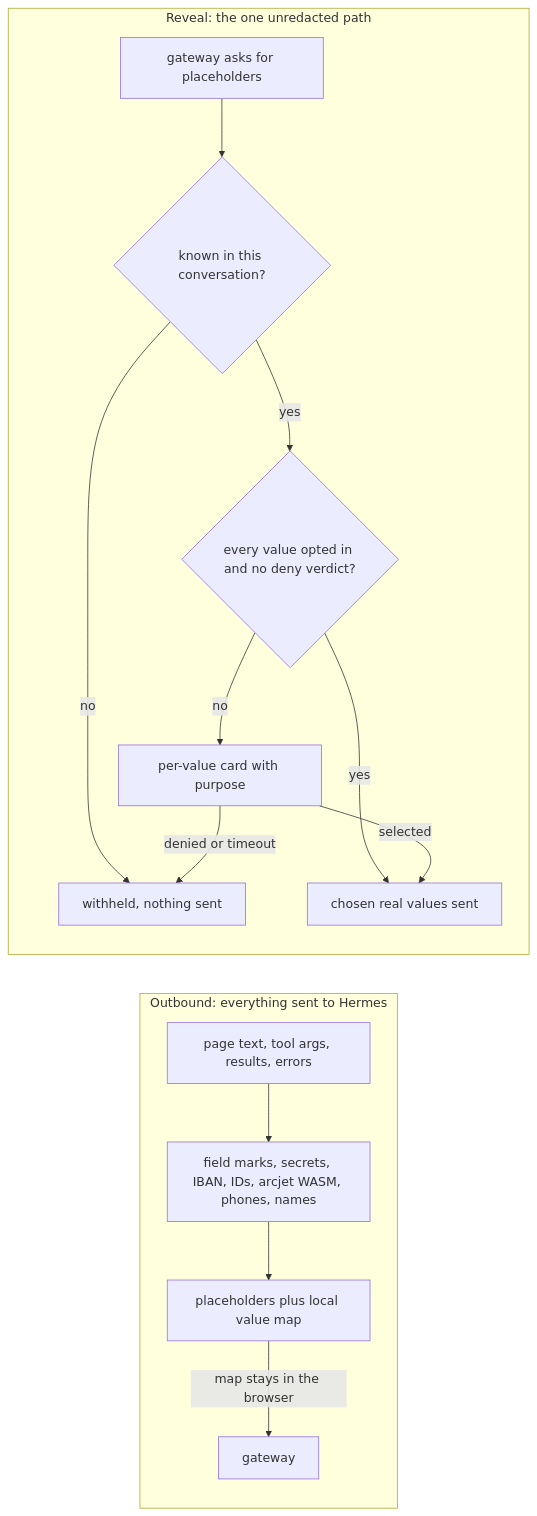
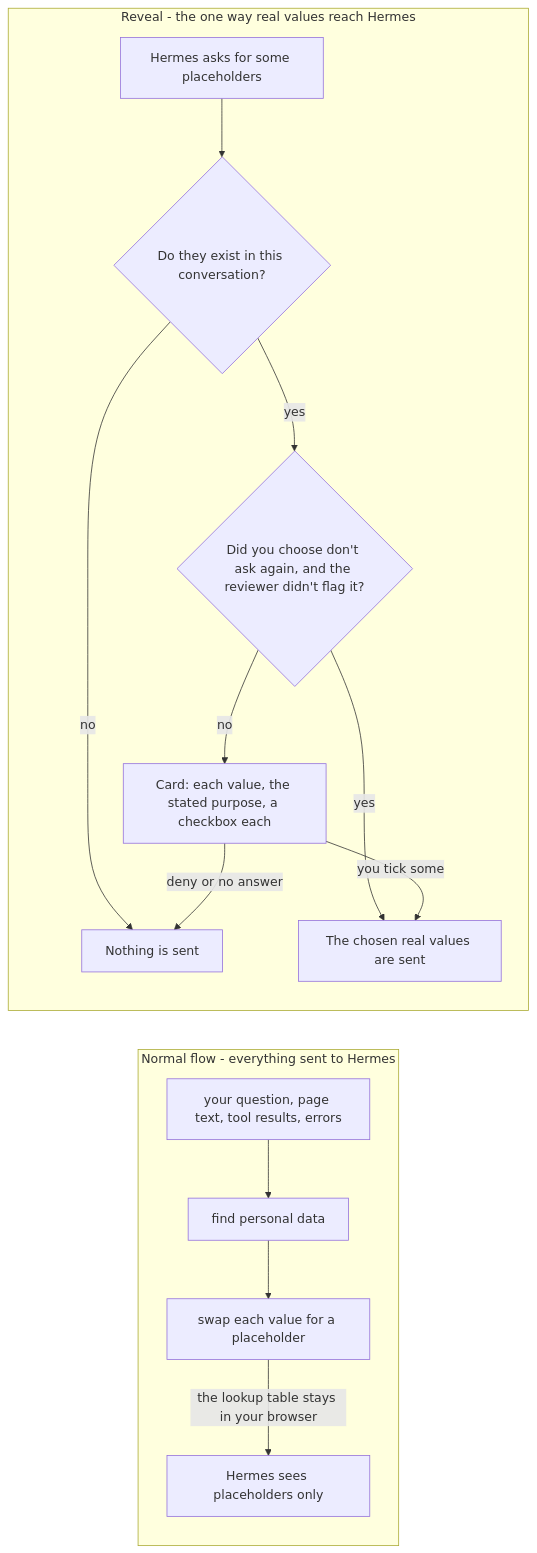
The fourth of 5 diagrams in AUDIT.md (codepilots/hermes-sidebar), drawn with Mermaid before and after one commit. The commit also changed other lines of this file and 3 other files, not shown here.

````diff
--- a/AUDIT.md
+++ b/AUDIT.md
@@ -125,17 +315,17 @@
 ```mermaid
 flowchart LR
-  subgraph outbound[Outbound: everything sent to Hermes]
-    T[page text, tool args, results, errors] --> DET[field marks, secrets, IBAN, IDs, arcjet WASM, phones, names]
-    DET --> PH[placeholders plus local value map]
-    PH -- map stays in the browser --> GW2[gateway]
+  subgraph outbound[Normal flow - everything sent to Hermes]
+    T[your question, page text, tool results, errors] --> DET[find personal data]
+    DET --> PH[swap each value for a placeholder]
+    PH -- the lookup table stays in your browser --> GW2[Hermes sees placeholders only]
   end
-  subgraph revealpath[Reveal: the one unredacted path]
-    ASK[gateway asks for placeholders] --> KN{known in this conversation?}
-    KN -- no --> WITH[withheld, nothing sent]
-    KN -- yes --> AL{every value opted in and no deny verdict?}
-    AL -- yes --> SEND[chosen real values sent]
-    AL -- no --> CARD[per-value card with purpose]
-    CARD -- selected --> SEND
-    CARD -- denied or timeout --> WITH
+  subgraph revealpath[Reveal - the one way real values reach Hermes]
+    ASK[Hermes asks for some placeholders] --> KN{Do they exist in this conversation?}
+    KN -- no --> WITH[Nothing is sent]
+    KN -- yes --> AL{Did you choose don't ask again, and the reviewer didn't flag it?}
+    AL -- yes --> SEND[The chosen real values are sent]
+    AL -- no --> CARD[Card: each value, the stated purpose, a checkbox each]
+    CARD -- you tick some --> SEND
+    CARD -- deny or no answer --> WITH
   end
 ```
````
